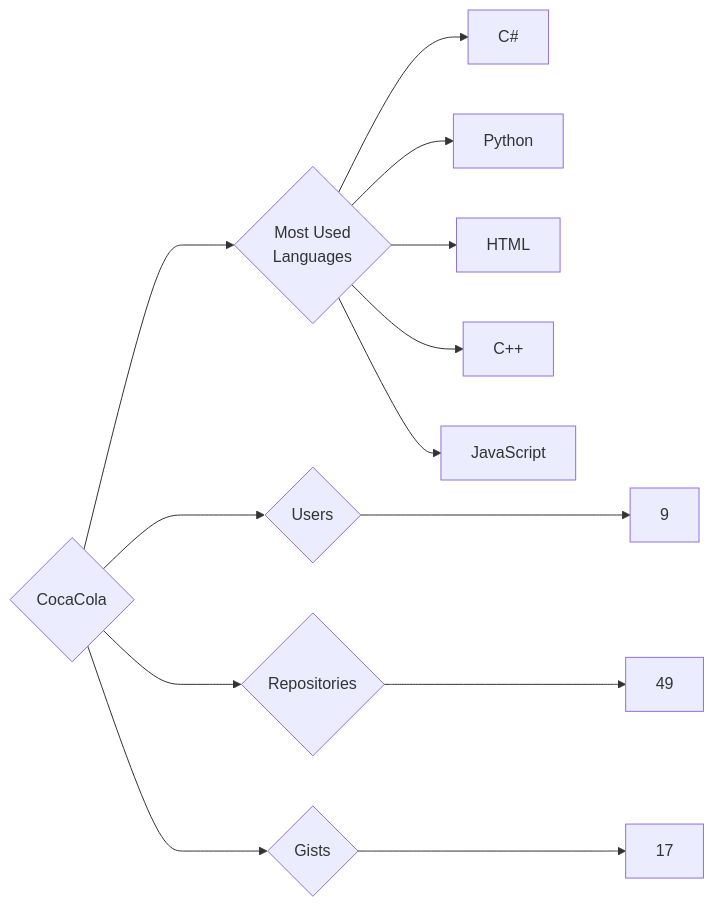
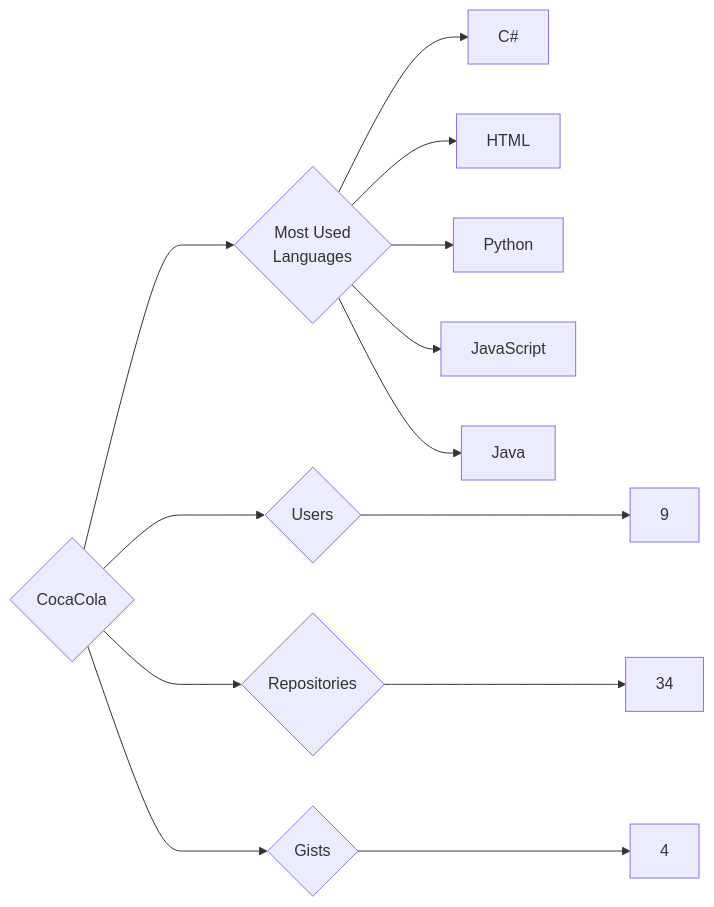
One commit to trickest/insiders changed the diagram in targets/CocaCola/README.md. Above: the diagram before and after it, drawn with Mermaid. The commit also changed 1195 other files, not shown here.

````diff
--- a/targets/CocaCola/README.md
+++ b/targets/CocaCola/README.md
@@ -3,13 +3,13 @@
 ```mermaid
 graph LR
 COMPANY_NAME{CocaCola}
 COMPANY_NAME ---> U{Users} ---> UN[9]
-COMPANY_NAME ---> R{Repositories} ---> RN[49]
-COMPANY_NAME ---> G{Gists} ---> GN[17]
+COMPANY_NAME ---> R{Repositories} ---> RN[34]
+COMPANY_NAME ---> G{Gists} ---> GN[4]
 COMPANY_NAME ---> ML{Most Used<br>Languages}
 ML --> C#[C#]
+ML --> HTML[HTML]
 ML --> Python[Python]
-ML --> HTML[HTML]
-ML --> C++[C++]
 ML --> JavaScript[JavaScript]
+ML --> Java[Java]
 ```
````
